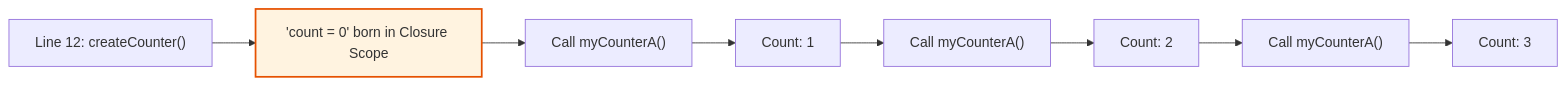
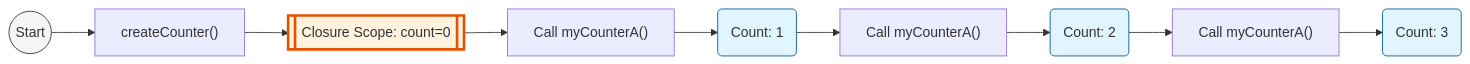
The diagram in README.md (moideen-mashad/JavaScript-Closures), drawn with Mermaid before and after one commit. The commit also changed other lines of this file, not shown here.

````diff
--- a/README.md
+++ b/README.md
@@ -44,12 +44,21 @@
 ```mermaid
 graph LR
-    A["Line 12: createCounter()"] --> B["'count = 0' born in Closure Scope"]
-    B --> C["Call myCounterA()"]
-    C --> D["Count: 1"]
-    D --> E["Call myCounterA()"]
-    E --> F["Count: 2"]
-    F --> G["Call myCounterA()"]
-    G --> H["Count: 3"]
+    Start(("Start")) --> Create["createCounter()"]
+    Create --> Scope[["Closure Scope: count=0"]]
+    
+    Scope --> Call1["Call myCounterA()"]
+    Call1 --> Res1("Count: 1")
+    
+    Res1 --> Call2["Call myCounterA()"]
+    Call2 --> Res2("Count: 2")
+    
+    Res2 --> Call3["Call myCounterA()"]
+    Call3 --> Res3("Count: 3")
 
-    style B fill:#fff3e0,stroke:#e65100,stroke-width:2px
+    %% Styling
+    style Start fill:#f5f5f5,stroke:#333
+    style Scope fill:#fff3e0,stroke:#e65100,stroke-width:3px
+    style Res1 fill:#e1f5fe,stroke:#01579b
+    style Res2 fill:#e1f5fe,stroke:#01579b
+    style Res3 fill:#e1f5fe,stroke:#01579b
 ```
````
